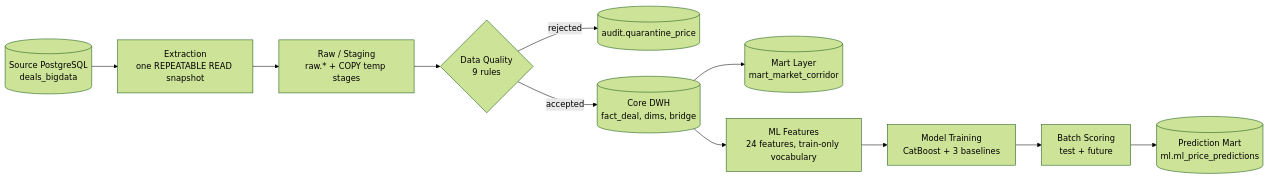
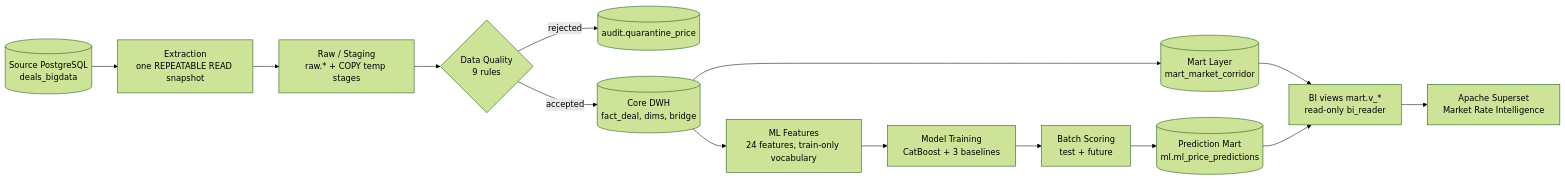
One commit to stackmesh/logistics-data-platform changed the diagram in README.md. Above: the diagram before and after it, drawn with Mermaid (forest theme). The commit also changed other lines of this file and 4 other files, not shown here.

````diff
--- a/README.md
+++ b/README.md
@@ -70,13 +70,16 @@
 ```mermaid
 flowchart LR
   src[("Source PostgreSQL<br/>deals_bigdata")] --> ext["Extraction<br/>one REPEATABLE READ snapshot"]
   ext --> raw["Raw / Staging<br/>raw.* + COPY temp stages"]
   raw --> dq{"Data Quality<br/>9 rules"}
   dq -->|rejected| q[("audit.quarantine_price")]
   dq -->|accepted| core[("Core DWH<br/>fact_deal, dims, bridge")]
   core --> mart[("Mart Layer<br/>mart_market_corridor")]
   core --> feat["ML Features<br/>24 features, train-only vocabulary"]
   feat --> train["Model Training<br/>CatBoost + 3 baselines"]
   train --> score["Batch Scoring<br/>test + future"]
   score --> pred[("Prediction Mart<br/>ml.ml_price_predictions")]
+  mart --> bi["BI views mart.v_*<br/>read-only bi_reader"]
+  pred --> bi
+  bi --> superset["Apache Superset<br/>Market Rate Intelligence"]
 ```
````
